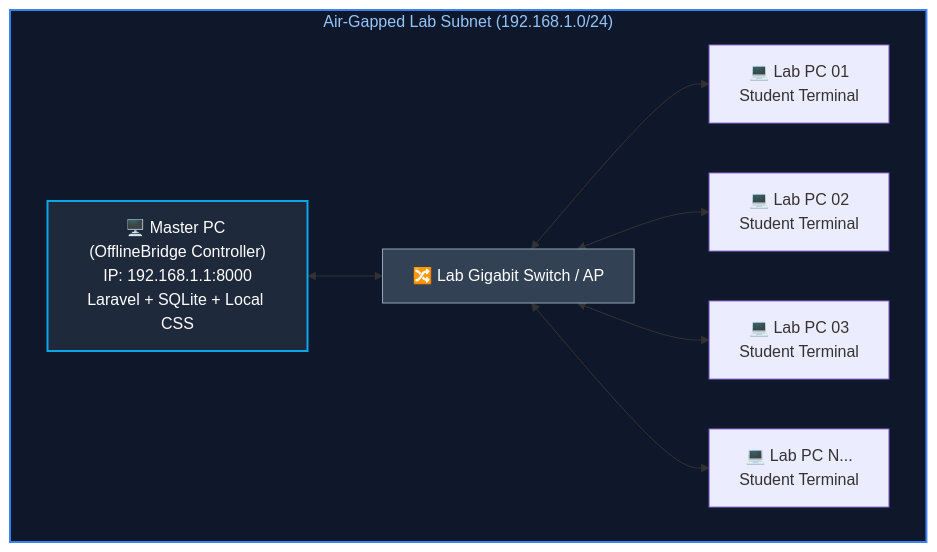
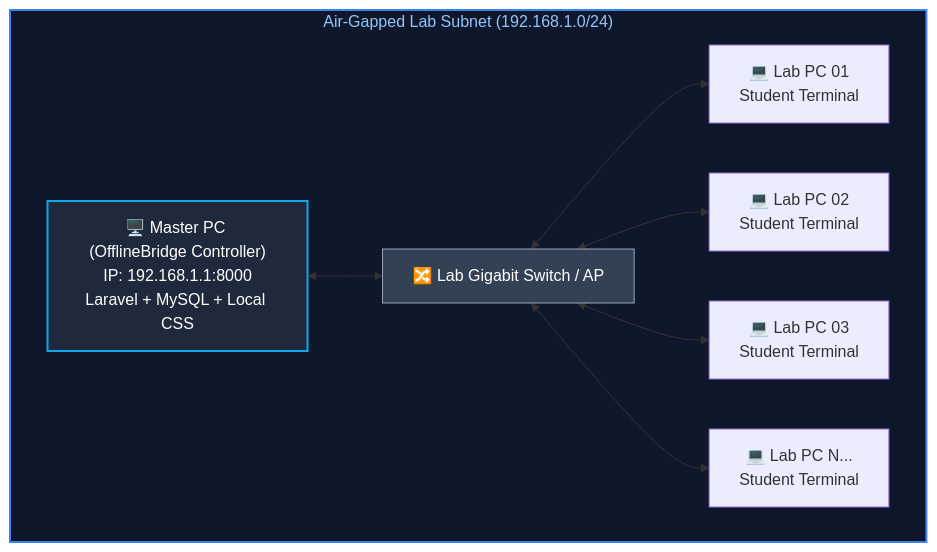
One commit to abutaleb08sae/Offline_Bridge changed the diagram in README.md. Above: the diagram before and after it, drawn with Mermaid. The commit also changed other lines of this file and 4 other files, not shown here.

````diff
--- a/README.md
+++ b/README.md
@@ -91,23 +91,23 @@
 ```mermaid
 graph TB
     subgraph Isolated_Lab_LAN ["Air-Gapped Lab Subnet (192.168.1.0/24)"]
-        MasterPC["🖥️ Master PC (OfflineBridge Controller)<br/>IP: 192.168.1.1:8000<br/>Laravel + SQLite + Local CSS"]
+        MasterPC["🖥️ Master PC (OfflineBridge Controller)<br/>IP: 192.168.1.1:8000<br/>Laravel + MySQL + Local CSS"]
         
         Switch["🔀 Lab Gigabit Switch / AP"]
         
         PC1["💻 Lab PC 01<br/>Student Terminal"]
         PC2["💻 Lab PC 02<br/>Student Terminal"]
         PC3["💻 Lab PC 03<br/>Student Terminal"]
         PCN["💻 Lab PC N...<br/>Student Terminal"]
     end
 
     MasterPC <--> Switch
     Switch <--> PC1
     Switch <--> PC2
     Switch <--> PC3
     Switch <--> PCN
 
     style MasterPC fill:#1e293b,stroke:#0ea5e9,stroke-width:2px,color:#fff
     style Switch fill:#334155,stroke:#94a3b8,stroke-width:1px,color:#fff
     style Isolated_Lab_LAN fill:#0f172a,stroke:#3b82f6,stroke-width:2px,color:#93c5fd
 ```
````
